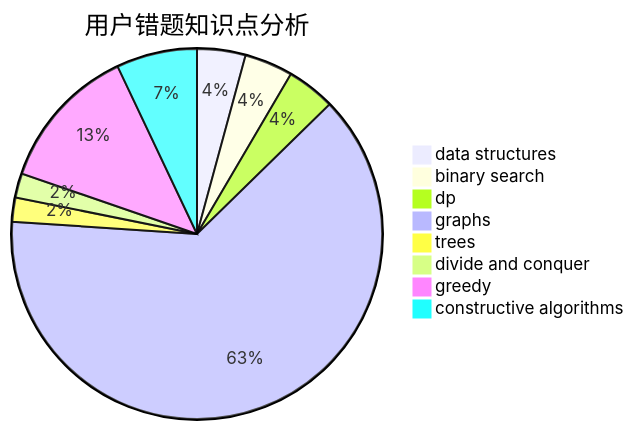
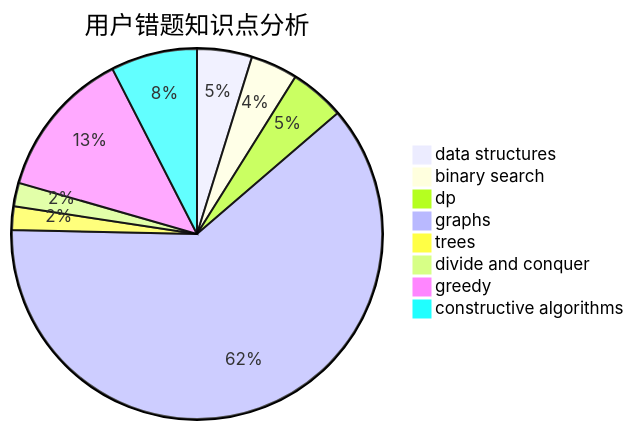
Before and after one commit to sherpahu/cfrs.github.io: the third of 3 diagrams in docs/user/u2609.md, drawn with Mermaid. The commit also changed other lines of this file and 2770 other files, not shown here.

````diff
--- a/docs/user/u2609.md
+++ b/docs/user/u2609.md
@@ -36,11 +36,11 @@
 ```mermaid
 pie title 用户错题知识点分析
-    "data structures" :  6
+    "data structures" :  7
     "binary search" :  6
-    "dp" :  6
+    "dp" :  7
     "graphs" :  90
     "trees" :  3
     "divide and conquer" :  3
-    "greedy" :  18
-    "constructive algorithms" :  10
+    "greedy" :  19
+    "constructive algorithms" :  11
 ```
````
